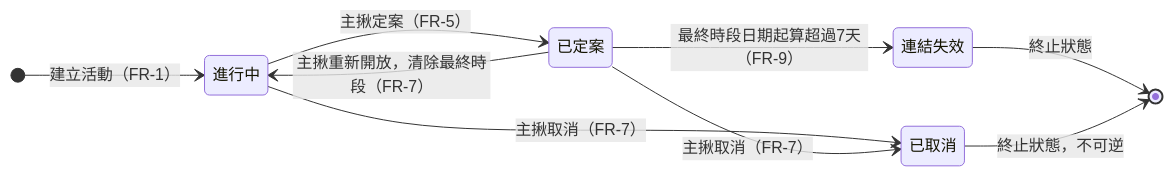
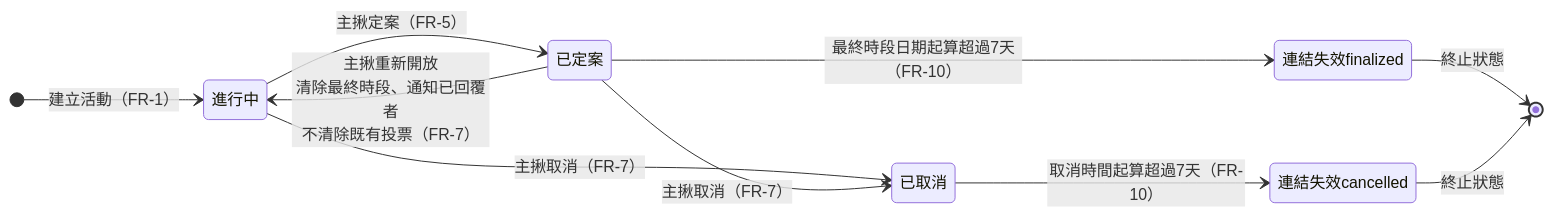
The second of 2 diagrams in 工程規格/流程圖.md (That-is-so-sweet/PRD), drawn with Mermaid before and after one commit. The commit also changed other lines of this file and 5 other files, not shown here.

````diff
--- a/工程規格/流程圖.md
+++ b/工程規格/流程圖.md
@@ -80,12 +89,13 @@
 ```mermaid
 stateDiagram-v2
     direction LR
     [*] --> 進行中 : 建立活動（FR-1）
     進行中 --> 已定案 : 主揪定案（FR-5）
-    已定案 --> 連結失效 : 最終時段日期起算超過7天（FR-9）
-    連結失效 --> [*] : 終止狀態
+    已定案 --> 連結失效finalized : 最終時段日期起算超過7天（FR-10）
+    連結失效finalized --> [*] : 終止狀態
     進行中 --> 已取消 : 主揪取消（FR-7）
     已定案 --> 已取消 : 主揪取消（FR-7）
-    已取消 --> [*] : 終止狀態，不可逆
-    已定案 --> 進行中 : 主揪重新開放，清除最終時段（FR-7）
+    已取消 --> 連結失效cancelled : 取消時間起算超過7天（FR-10）
+    連結失效cancelled --> [*] : 終止狀態
+    已定案 --> 進行中 : 主揪重新開放<br/>清除最終時段、通知已回覆者<br/>不清除既有投票（FR-7）
 ```
````
